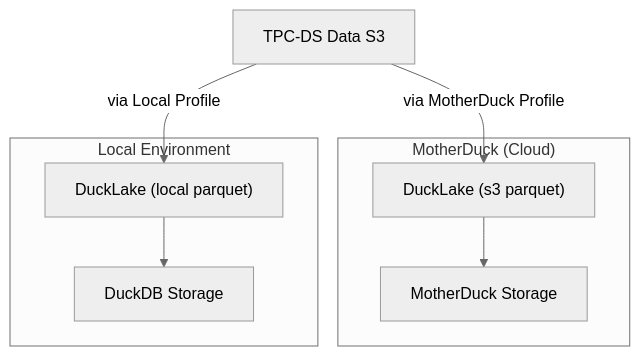
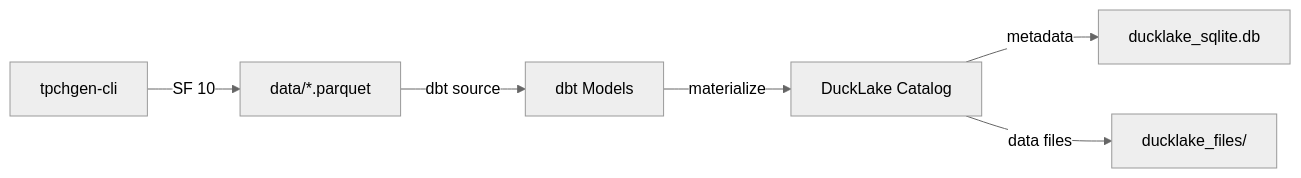
Before and after one commit to motherduckdb/motherduck-examples: the diagram in dbt-local-ducklake/README.md, drawn with Mermaid (neutral theme). The commit also changed other lines of this file, not shown here.

````diff
--- a/dbt-local-ducklake/README.md
+++ b/dbt-local-ducklake/README.md
@@ -56,13 +105,8 @@
 ```mermaid
-graph TB
-    A[TPC-DS Data S3] -->|via MotherDuck Profile| D["DuckLake (s3 parquet)"]
-    A -->|via Local Profile| F["DuckLake (local parquet)"]
-    
-    subgraph "MotherDuck (Cloud)"
-        D --> E[MotherDuck Storage]
-    end
-    
-    subgraph "Local Environment"
-        F --> G[DuckDB Storage]
-    end
+graph LR
+    A[tpchgen-cli] -->|SF 10| B[data/*.parquet]
+    B -->|dbt source| C[dbt Models]
+    C -->|materialize| D[DuckLake Catalog]
+    D -->|metadata| E[ducklake_sqlite.db]
+    D -->|data files| F[ducklake_files/]
 ```
````
